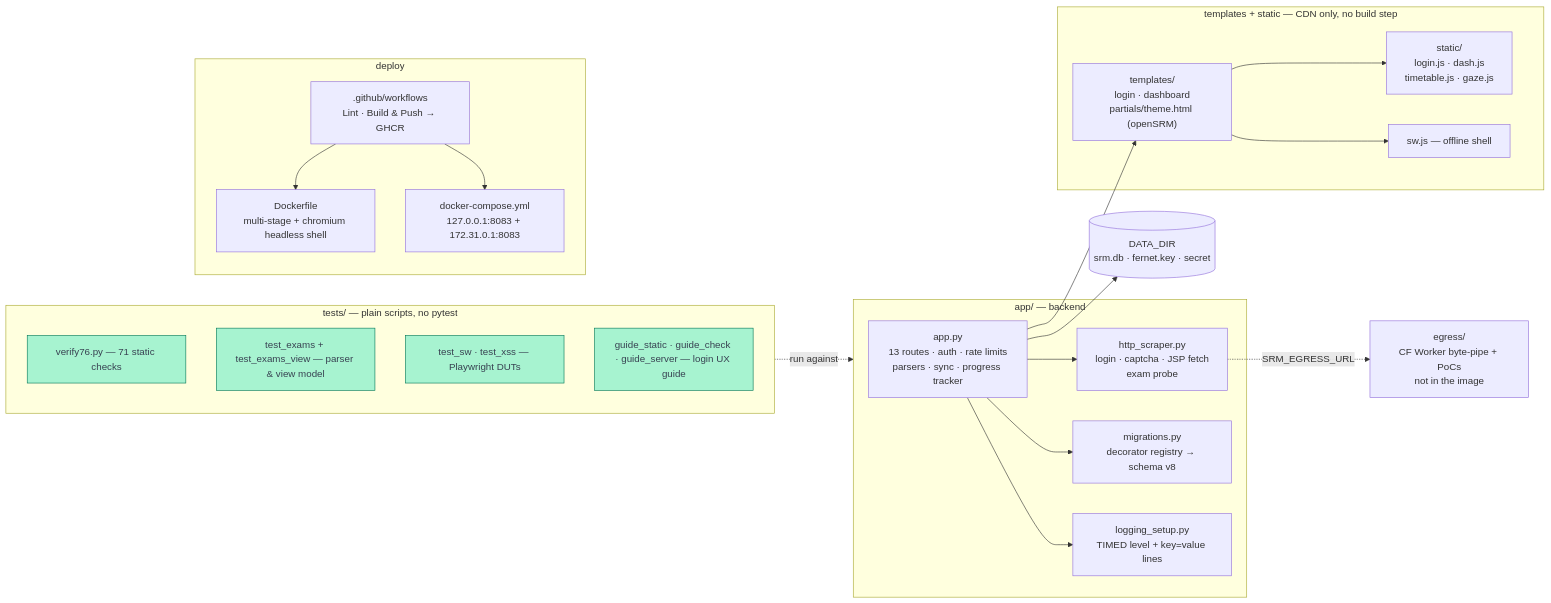
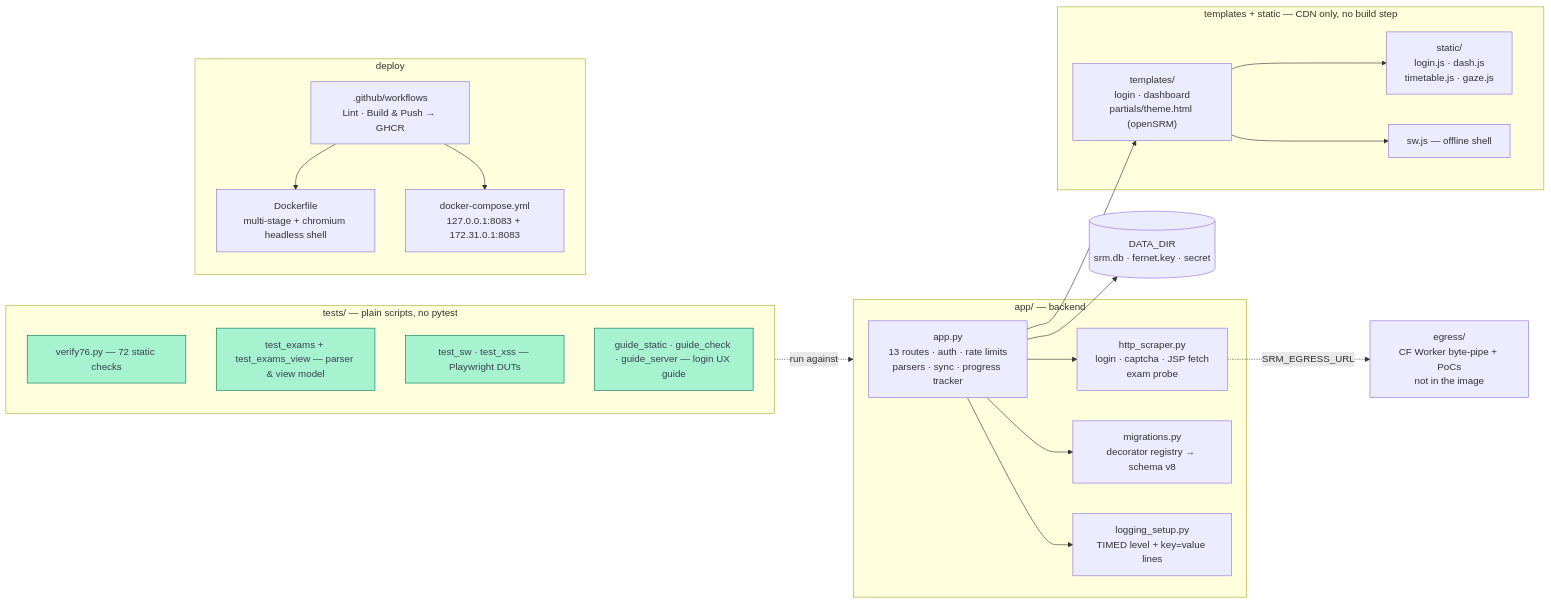
Before and after one commit to thenabbu/OpenSRM: the third of 3 diagrams in README.md, drawn with Mermaid. The commit also changed other lines of this file and 25 other files, not shown here.

````diff
--- a/README.md
+++ b/README.md
@@ -163,46 +163,46 @@
 ```mermaid
 flowchart LR
     subgraph backend["app/ — backend"]
         APP["app.py<br/>13 routes · auth · rate limits<br/>parsers · sync · progress tracker"]
         SCR["http_scraper.py<br/>login · captcha · JSP fetch<br/>exam probe"]
         MIG["migrations.py<br/>decorator registry → schema v8"]
         LOG["logging_setup.py<br/>TIMED level + key=value lines"]
     end
 
     subgraph frontend["templates + static — CDN only, no build step"]
         TPL["templates/<br/>login · dashboard<br/>partials/theme.html (openSRM)"]
         JS["static/<br/>login.js · dash.js<br/>timetable.js · gaze.js"]
         SWJS["sw.js — offline shell"]
     end
 
     subgraph gate["tests/ — plain scripts, no pytest"]
-        T1["verify76.py — 71 static checks"]
+        T1["verify76.py — 72 static checks"]
         T2["test_exams + test_exams_view — parser & view model"]
         T3["test_sw · test_xss — Playwright DUTs"]
         T4["guide_static · guide_check · guide_server — login UX guide"]
     end
 
     subgraph ship["deploy"]
         DF["Dockerfile<br/>multi-stage + chromium headless shell"]
         DC["docker-compose.yml<br/>127.0.0.1:8083 + 172.31.0.1:8083"]
         CI[".github/workflows<br/>Lint · Build & Push → GHCR"]
     end
 
     EGDIR["egress/<br/>CF Worker byte-pipe + PoCs<br/>not in the image"]
     DATA[("DATA_DIR<br/>srm.db · fernet.key · secret")]
 
     APP --> SCR
     APP --> MIG
     APP --> LOG
     APP --> TPL
     TPL --> JS
     TPL --> SWJS
     APP --> DATA
     SCR -.->|"SRM_EGRESS_URL"| EGDIR
     CI --> DF
     CI --> DC
     gate -.->|"run against"| backend
 
     classDef gatecls fill:#a7f3d0,stroke:#047857,color:#374151
     class T1,T2,T3,T4 gatecls
 ```
````
